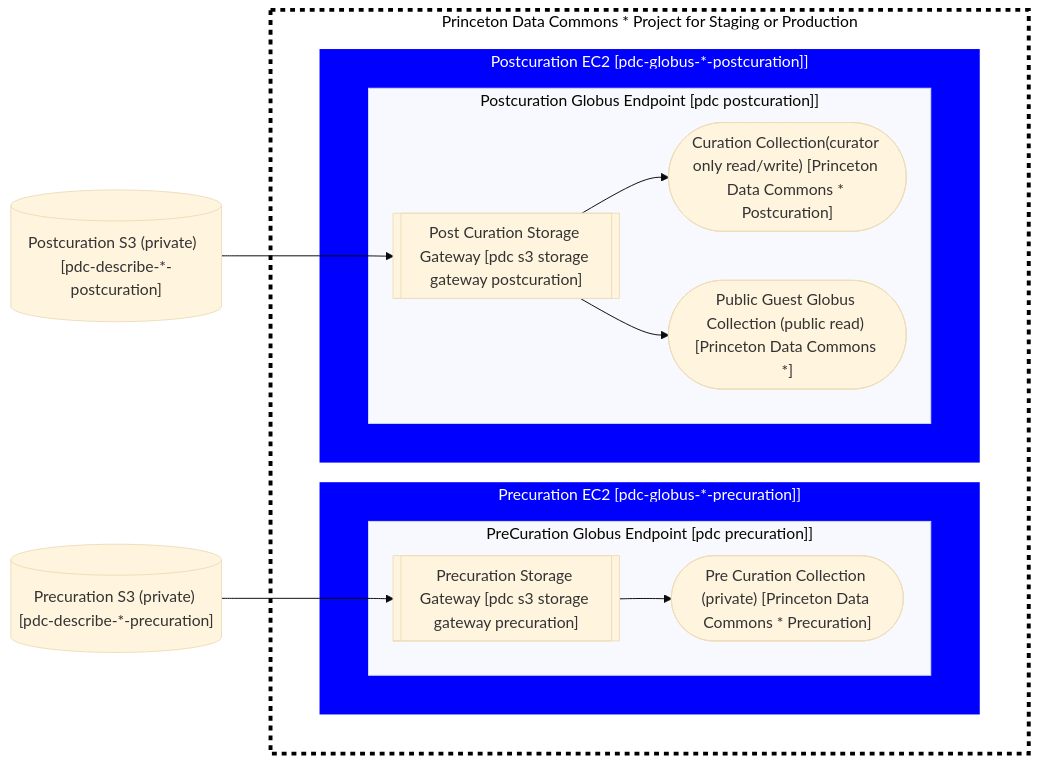
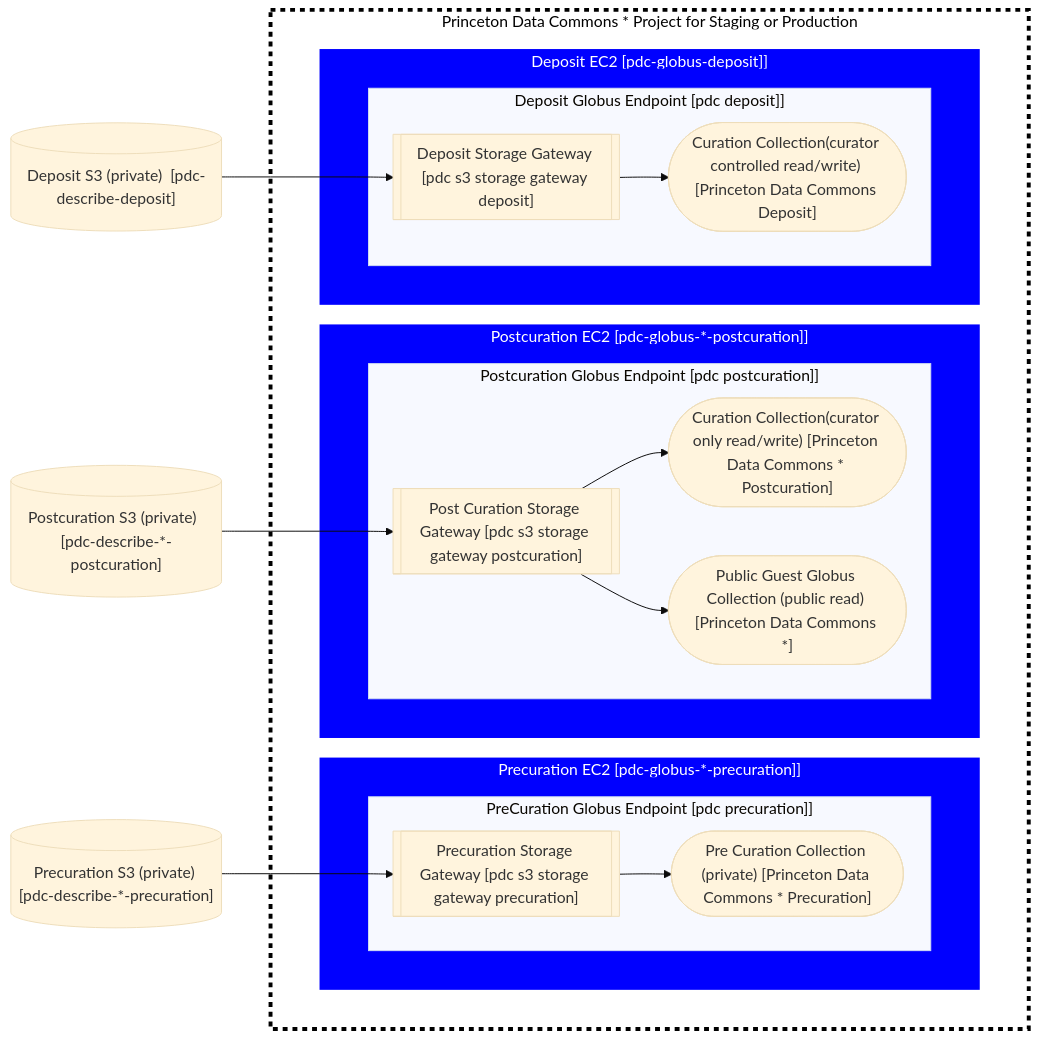
The diagram in globus.md (pulibrary/rdss-handbook), drawn with Mermaid (base theme) before and after one commit. The commit also changed other lines of this file, not shown here.

Commit message:
Updating globus documentation to include the deposit endpoint

````diff
--- a/globus.md
+++ b/globus.md
@@ -65,30 +65,38 @@
 ```mermaid
   graph LR;
       S31[("Precuration S3 (private) [pdc-describe-*-precuration]")]-->SG1
          S32[("Postcuration S3 (private)  [pdc-describe-*-postcuration]")]-->SG2
+      S33[("Deposit S3 (private)  [pdc-describe-deposit]")]-->SG3
       subgraph project ["Princeton Data Commons * Project for Staging or Production"]
       subgraph project_space [" "]
       style project fill:#fff,stroke:#000,stroke-width:4px,color:#000,stroke-dasharray: 5 5
       style project_space fill:#fff,stroke:#000,stroke-width:0px
          subgraph EC2 ["Precuration EC2  [pdc-globus-*-precuration]]"]
          subgraph ec2_sp [" "]
             subgraph "PreCuration Globus Endpoint [pdc precuration]]"
                SG1[["Precuration Storage Gateway [pdc s3 storage gateway precuration]"]]-->B(["Pre Curation Collection (private) [Princeton Data Commons * Precuration]"])
             end
          end
          end
          subgraph EC2a ["Postcuration EC2 [pdc-globus-*-postcuration]]"]
          subgraph ec2a_sp [" "]
             subgraph "Postcuration Globus Endpoint [pdc postcuration]]"
                SG2[["Post Curation Storage Gateway [pdc s3 storage gateway postcuration]"]]-->D(["Curation Collection(curator only read/write) [Princeton Data Commons * Postcuration]"]);
                SG2-->E(["Public Guest Globus Collection (public read) [Princeton Data Commons *]"]);
             end
          end
          end
+         subgraph EC2b ["Deposit EC2 [pdc-globus-deposit]]"]
+         subgraph ec2b_sp [" "]
+            subgraph "Deposit Globus Endpoint [pdc deposit]]"
+               SG3[["Deposit Storage Gateway [pdc s3 storage gateway deposit]"]]-->DE(["Curation Collection(curator controlled read/write) [Princeton Data Commons Deposit]"]);
+            end
+         end
+         end
       end
    end
 
    classDef ecclass fill:#00f,stroke:#00f,stroke-width:0px,color:#fff;
-   class EC2,EC2a,ec2_sp,ec2a_sp ecclass;
+   class EC2,EC2a,EC2b,ec2_sp,ec2a_sp,ec2b_sp ecclass;
 
 ```
````
